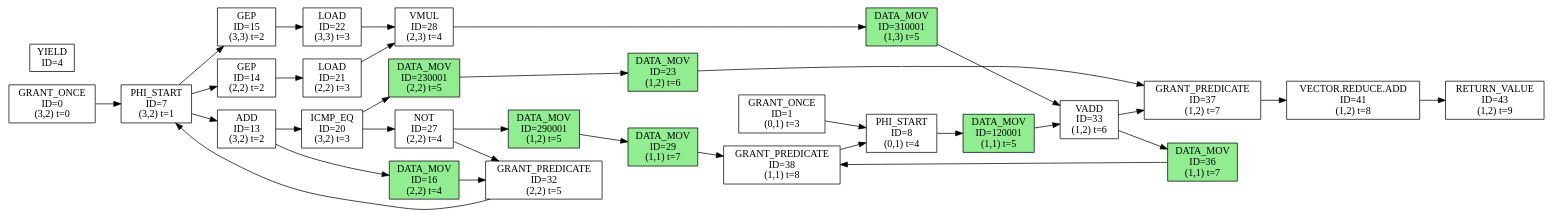
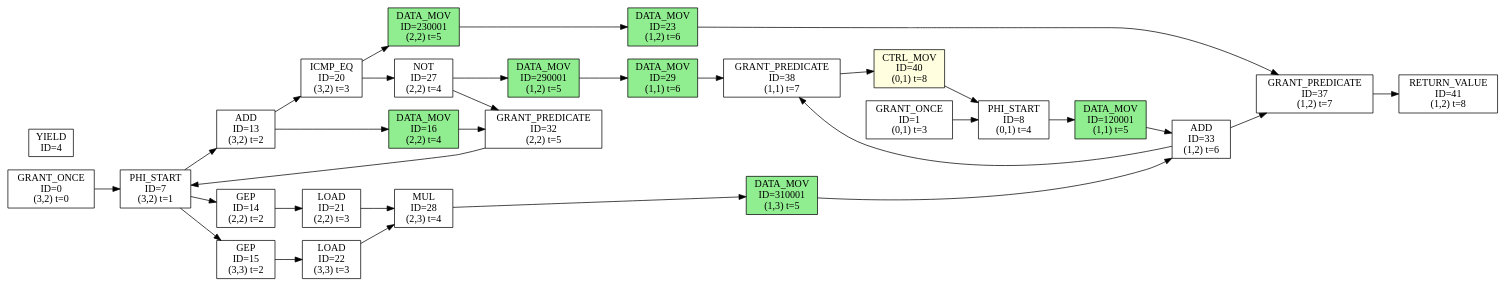
One commit to sarchlab/Zeonica_Testbench changed the diagram in kernel/fir/fir-dfg.dot. Above: the diagram before and after it, drawn with Graphviz. The commit also changed 3 other files, not shown here.

```diff
--- a/kernel/fir/fir-dfg.dot
+++ b/kernel/fir/fir-dfg.dot
@@ -1,62 +1,60 @@
 digraph DFG {
   rankdir=LR;
   node [shape=box, style=filled];
   n0 [label="GRANT_ONCE\nID=0\n(3,2) t=0", fillcolor=white];
   n1 [label="GRANT_ONCE\nID=1\n(0,1) t=3", fillcolor=white];
   n4 [label="YIELD\nID=4", fillcolor=white];
   n7 [label="PHI_START\nID=7\n(3,2) t=1", fillcolor=white];
   n8 [label="PHI_START\nID=8\n(0,1) t=4", fillcolor=white];
   n13 [label="ADD\nID=13\n(3,2) t=2", fillcolor=white];
   n14 [label="GEP\nID=14\n(2,2) t=2", fillcolor=white];
   n15 [label="GEP\nID=15\n(3,3) t=2", fillcolor=white];
   n16 [label="DATA_MOV\nID=16\n(2,2) t=4", fillcolor=lightgreen];
   n20 [label="ICMP_EQ\nID=20\n(3,2) t=3", fillcolor=white];
   n21 [label="LOAD\nID=21\n(2,2) t=3", fillcolor=white];
   n22 [label="LOAD\nID=22\n(3,3) t=3", fillcolor=white];
   n23 [label="DATA_MOV\nID=23\n(1,2) t=6", fillcolor=lightgreen];
   n27 [label="NOT\nID=27\n(2,2) t=4", fillcolor=white];
-  n28 [label="VMUL\nID=28\n(2,3) t=4", fillcolor=white];
-  n29 [label="DATA_MOV\nID=29\n(1,1) t=7", fillcolor=lightgreen];
+  n28 [label="MUL\nID=28\n(2,3) t=4", fillcolor=white];
+  n29 [label="DATA_MOV\nID=29\n(1,1) t=6", fillcolor=lightgreen];
   n32 [label="GRANT_PREDICATE\nID=32\n(2,2) t=5", fillcolor=white];
-  n33 [label="VADD\nID=33\n(1,2) t=6", fillcolor=white];
-  n36 [label="DATA_MOV\nID=36\n(1,1) t=7", fillcolor=lightgreen];
+  n33 [label="ADD\nID=33\n(1,2) t=6", fillcolor=white];
   n37 [label="GRANT_PREDICATE\nID=37\n(1,2) t=7", fillcolor=white];
-  n38 [label="GRANT_PREDICATE\nID=38\n(1,1) t=8", fillcolor=white];
-  n41 [label="VECTOR.REDUCE.ADD\nID=41\n(1,2) t=8", fillcolor=white];
-  n43 [label="RETURN_VALUE\nID=43\n(1,2) t=9", fillcolor=white];
+  n38 [label="GRANT_PREDICATE\nID=38\n(1,1) t=7", fillcolor=white];
+  n40 [label="CTRL_MOV\nID=40\n(0,1) t=8", fillcolor=lightyellow];
+  n41 [label="RETURN_VALUE\nID=41\n(1,2) t=8", fillcolor=white];
   n120001 [label="DATA_MOV\nID=120001\n(1,1) t=5", fillcolor=lightgreen];
   n230001 [label="DATA_MOV\nID=230001\n(2,2) t=5", fillcolor=lightgreen];
   n290001 [label="DATA_MOV\nID=290001\n(1,2) t=5", fillcolor=lightgreen];
   n310001 [label="DATA_MOV\nID=310001\n(1,3) t=5", fillcolor=lightgreen];
+  n40 -> n8;
   n13 -> n16;
   n16 -> n32;
-  n33 -> n36;
-  n36 -> n38;
+  n38 -> n40;
   n28 -> n310001;
   n8 -> n120001;
   n27 -> n290001;
   n290001 -> n29;
   n29 -> n38;
   n20 -> n230001;
   n230001 -> n23;
   n23 -> n37;
-  n41 -> n43;
+  n33 -> n38;
   n310001 -> n33;
   n32 -> n7;
   n0 -> n7;
   n14 -> n21;
   n33 -> n37;
   n1 -> n8;
   n15 -> n22;
   n7 -> n13;
   n37 -> n41;
   n7 -> n14;
-  n38 -> n8;
   n7 -> n15;
   n20 -> n27;
   n120001 -> n33;
   n21 -> n28;
   n13 -> n20;
   n27 -> n32;
   n22 -> n28;
 }
```
